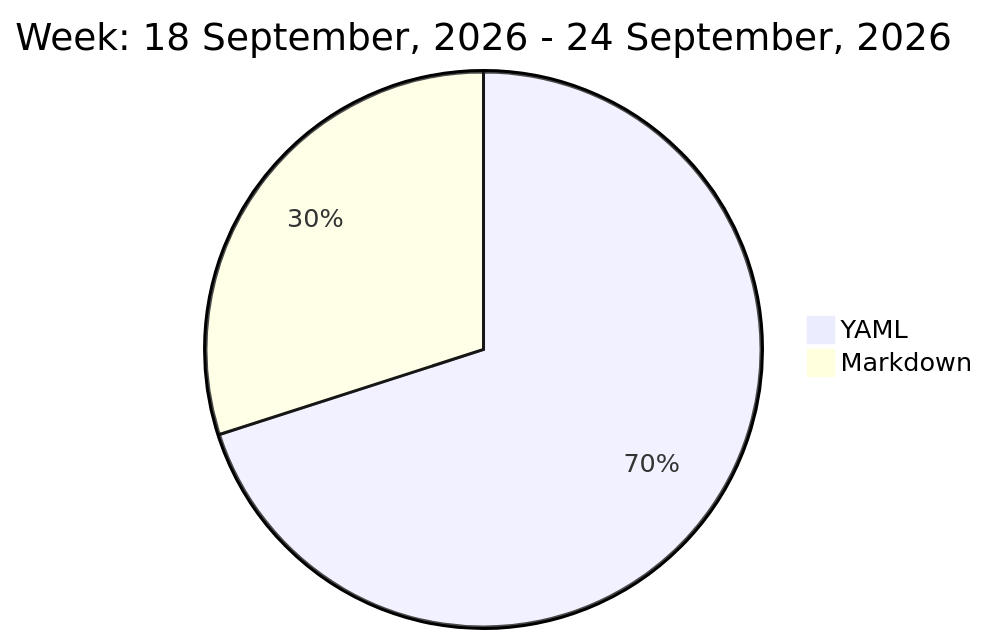
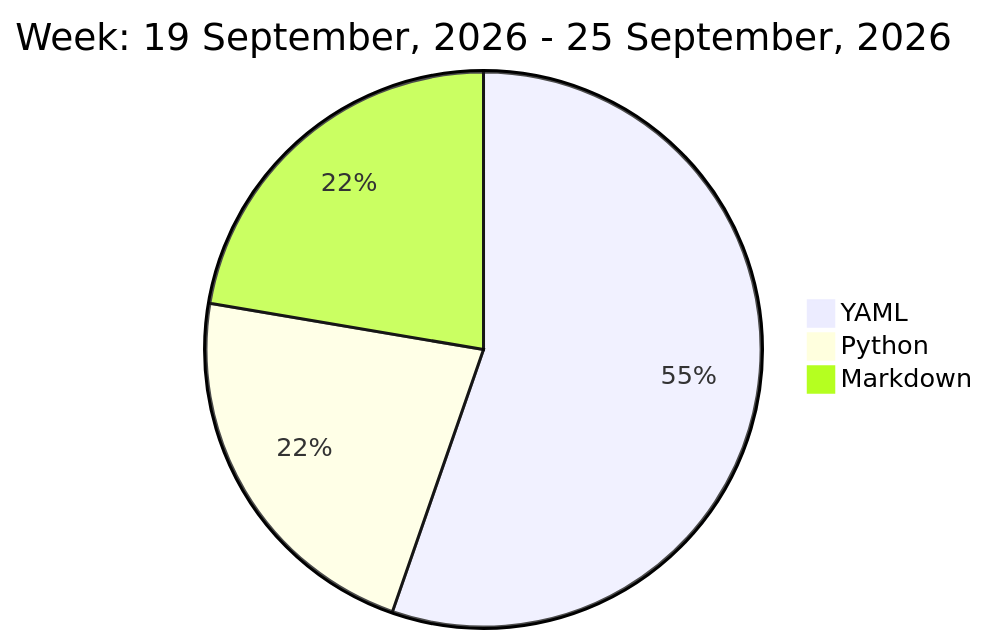
One commit to liubin95/liubin95 changed the diagram in README.md. Above: the diagram before and after it, drawn with Mermaid.

Commit message:
Updated the Graph with new Metrics

````diff
--- a/README.md
+++ b/README.md
@@ -32,6 +32,7 @@
 ```mermaid
  pie
-title Week: 18 September, 2026 - 24 September, 2026
- "YAML" : 6.15
- "Markdown" : 2.63
+title Week: 19 September, 2026 - 25 September, 2026
+ "YAML" : 5.25
+ "Python" : 2.12
+ "Markdown" : 2.12
 ```
````
